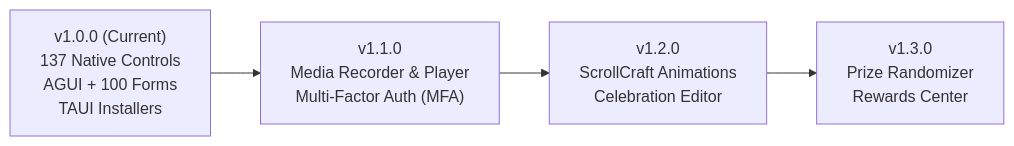
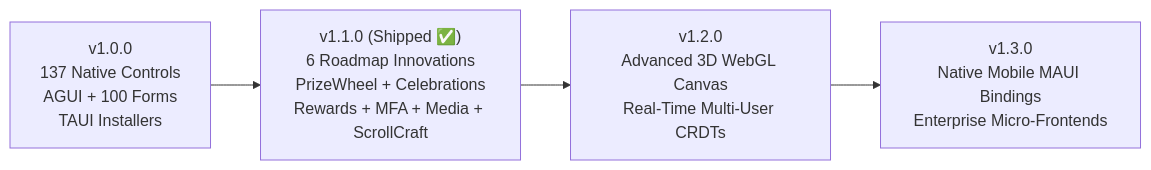
Before and after one commit to donpotts/BlazorTailwindUI: the diagram in docs/ROADMAP.md, drawn with Mermaid. The commit also changed other lines of this file and 19 other files, not shown here.

Commit message:
feat: implement 6 roadmap quick-win innovations (PrizeWheel, CelebrationEditor, RewardsCenter, MfaAuthSuite, MediaRecorder, ScrollCraft) with zero warnings

````diff
--- a/docs/ROADMAP.md
+++ b/docs/ROADMAP.md
@@ -152,6 +152,6 @@
 ```mermaid
 flowchart LR
-    A["v1.0.0 (Current)<br/>137 Native Controls<br/>AGUI + 100 Forms<br/>TAUI Installers"] --> B["v1.1.0<br/>Media Recorder & Player<br/>Multi-Factor Auth (MFA)"]
-    B --> C["v1.2.0<br/>ScrollCraft Animations<br/>Celebration Editor"]
-    C --> D["v1.3.0<br/>Prize Randomizer<br/>Rewards Center"]
+    A["v1.0.0<br/>137 Native Controls<br/>AGUI + 100 Forms<br/>TAUI Installers"] --> B["v1.1.0 (Shipped ✅)<br/>6 Roadmap Innovations<br/>PrizeWheel + Celebrations<br/>Rewards + MFA + Media + ScrollCraft"]
+    B --> C["v1.2.0<br/>Advanced 3D WebGL Canvas<br/>Real-Time Multi-User CRDTs"]
+    C --> D["v1.3.0<br/>Native Mobile MAUI Bindings<br/>Enterprise Micro-Frontends"]
 ```
````
